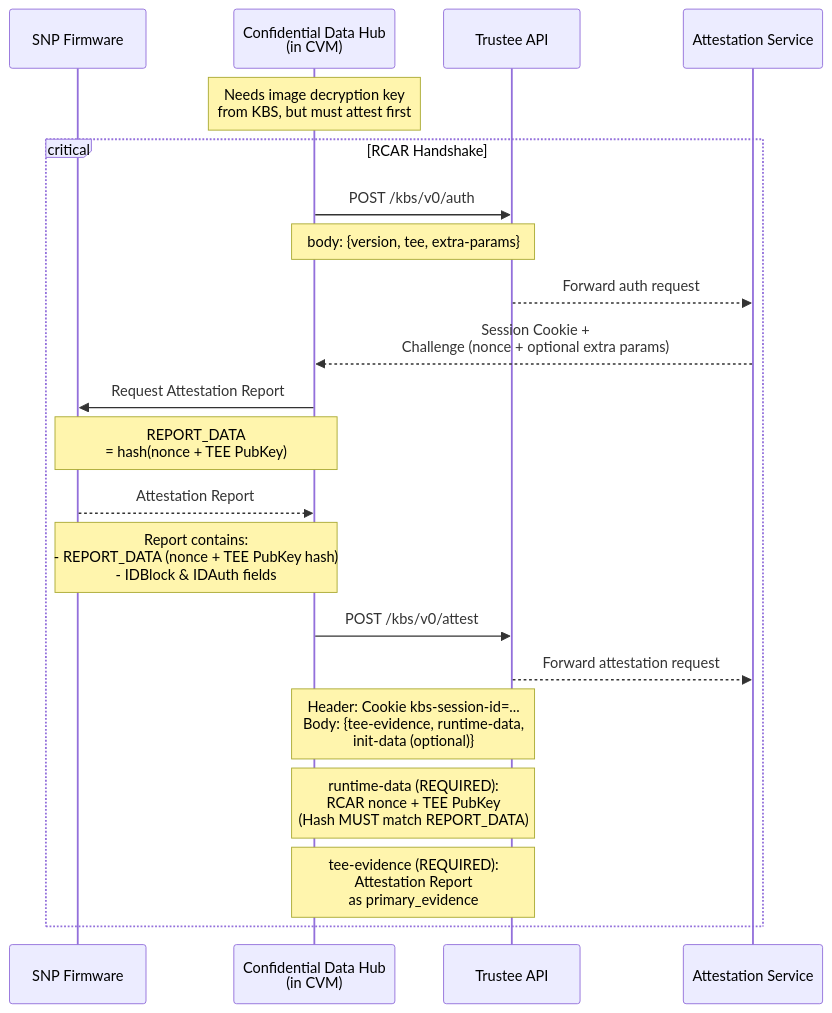
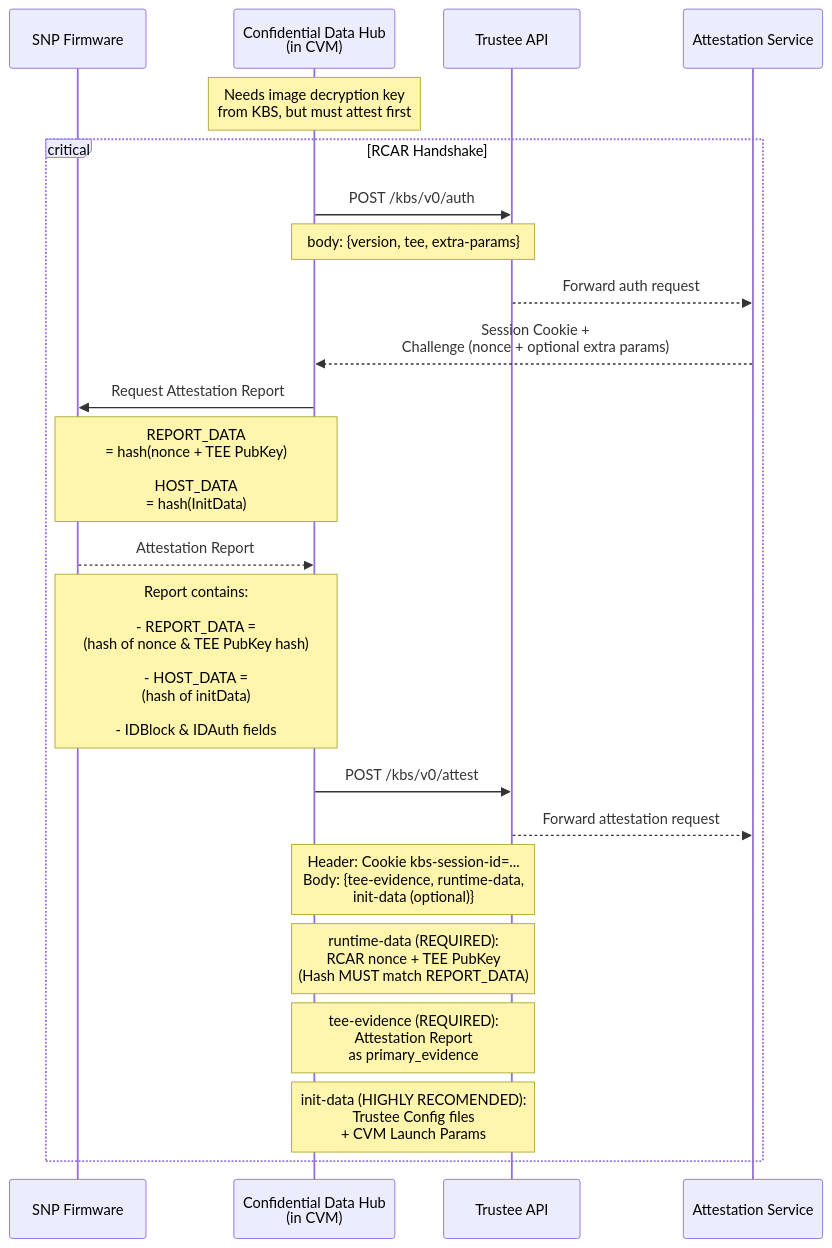
The fourth of 6 diagrams in kbs/src/plugins/implementations/sams/README.md (amd-cmaxwell/trustee), drawn with Mermaid before and after one commit. The commit also changed other lines of this file, not shown here.

````diff
--- a/kbs/src/plugins/implementations/sams/README.md
+++ b/kbs/src/plugins/implementations/sams/README.md
@@ -191,27 +204,28 @@
 ```mermaid
 sequenceDiagram
     participant fw as SNP Firmware
     participant cdh as Confidential Data Hub<br>(in CVM)
     participant api as Trustee API
     participant trustee_as as Attestation Service
 
     note over cdh: Needs image decryption key<br>from KBS, but must attest first
 
     critical RCAR Handshake
         cdh ->> api: POST /kbs/v0/auth
         note over cdh, api: body: {version, tee, extra-params}
         api -->> trustee_as: Forward auth request
         trustee_as -->> cdh: Session Cookie +<br>Challenge (nonce + optional extra params)
 
         cdh ->> fw: Request Attestation Report
-        note over cdh, fw: REPORT_DATA <br>= hash(nonce + TEE PubKey)
+        note over cdh, fw: REPORT_DATA <br>= hash(nonce + TEE PubKey)<br><br>HOST_DATA<br>= hash(InitData)
         fw -->> cdh: Attestation Report
-        note over fw, cdh: Report contains:<br>- REPORT_DATA (nonce + TEE PubKey hash)<br>- IDBlock & IDAuth fields
+        note over fw, cdh: Report contains:<br><br>- REPORT_DATA = <br>(hash of nonce & TEE PubKey hash)<br><br>- HOST_DATA =<br>(hash of initData)<br><br>- IDBlock & IDAuth fields
 
         cdh ->> api: POST /kbs/v0/attest
         api -->> trustee_as: Forward attestation request
         note over cdh, api: Header: Cookie kbs-session-id=...<br>Body: {tee-evidence, runtime-data,<br>init-data (optional)}
         note over cdh, api: runtime-data (REQUIRED):<br>RCAR nonce + TEE PubKey<br>(Hash MUST match REPORT_DATA)
         note over cdh, api: tee-evidence (REQUIRED):<br>Attestation Report <br>as primary_evidence
+        note over cdh, api: init-data (HIGHLY RECOMENDED):<br> Trustee Config files<br> + CVM Launch Params
     end
 ```
````
